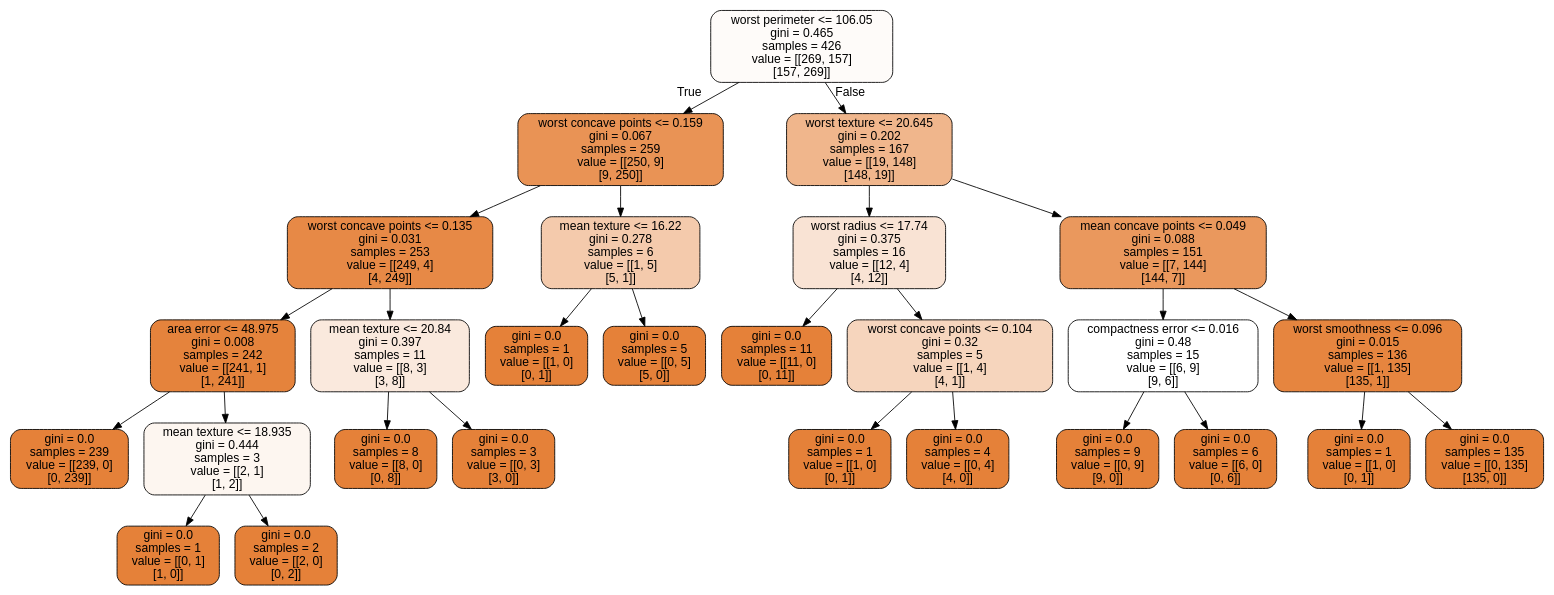
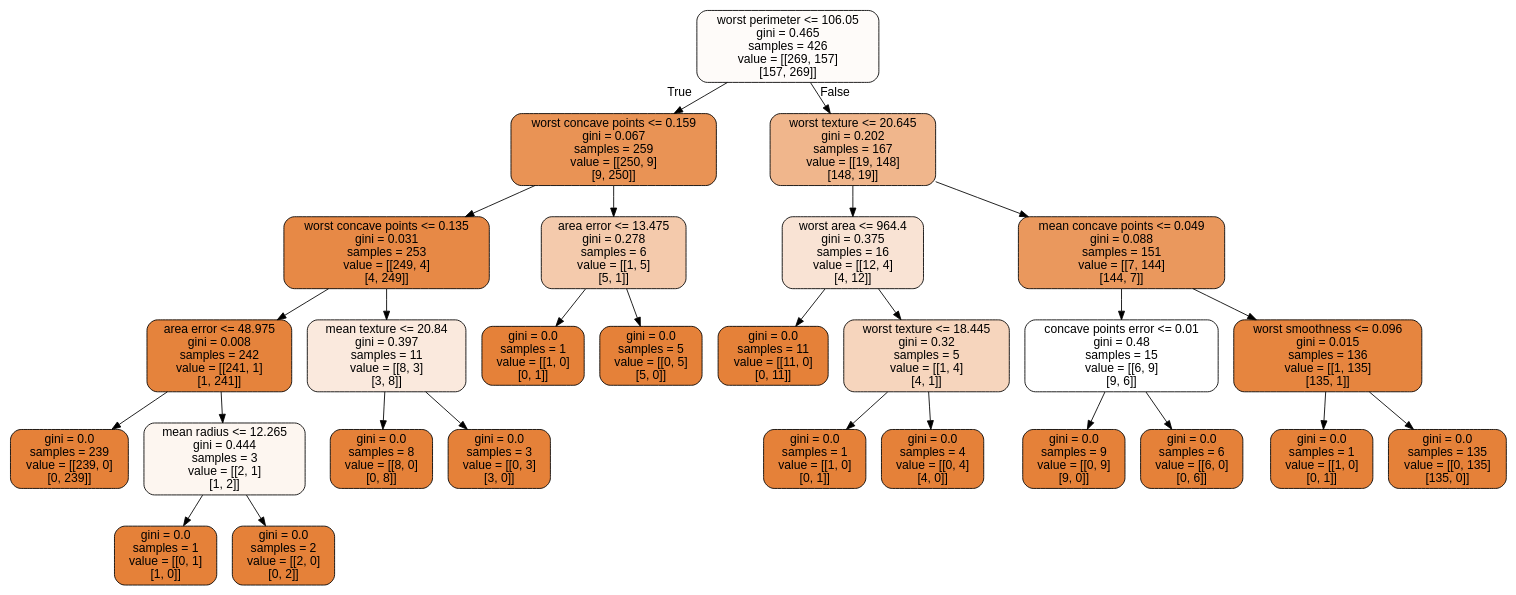
The diagram in doc/LectureNotes/DataFiles/cancer.dot (CompPhysics/MachineLearning), drawn with Graphviz before and after one commit. The commit also changed 139 other files, not shown here.

```diff
--- a/doc/LectureNotes/DataFiles/cancer.dot
+++ b/doc/LectureNotes/DataFiles/cancer.dot
@@ -1,57 +1,57 @@
 digraph Tree {
 node [shape=box, style="filled, rounded", color="black", fontname="helvetica"] ;
 edge [fontname="helvetica"] ;
 0 [label="worst perimeter <= 106.05\ngini = 0.465\nsamples = 426\nvalue = [[269, 157]\n[157, 269]]", fillcolor="#fefbf9"] ;
 1 [label="worst concave points <= 0.159\ngini = 0.067\nsamples = 259\nvalue = [[250, 9]\n[9, 250]]", fillcolor="#e99355"] ;
 0 -> 1 [labeldistance=2.5, labelangle=45, headlabel="True"] ;
 2 [label="worst concave points <= 0.135\ngini = 0.031\nsamples = 253\nvalue = [[249, 4]\n[4, 249]]", fillcolor="#e78946"] ;
 1 -> 2 ;
 3 [label="area error <= 48.975\ngini = 0.008\nsamples = 242\nvalue = [[241, 1]\n[1, 241]]", fillcolor="#e5833c"] ;
 2 -> 3 ;
 4 [label="gini = 0.0\nsamples = 239\nvalue = [[239, 0]\n[0, 239]]", fillcolor="#e58139"] ;
 3 -> 4 ;
-5 [label="mean texture <= 18.935\ngini = 0.444\nsamples = 3\nvalue = [[2, 1]\n[1, 2]]", fillcolor="#fdf6f0"] ;
+5 [label="mean radius <= 12.265\ngini = 0.444\nsamples = 3\nvalue = [[2, 1]\n[1, 2]]", fillcolor="#fdf6f0"] ;
 3 -> 5 ;
 6 [label="gini = 0.0\nsamples = 1\nvalue = [[0, 1]\n[1, 0]]", fillcolor="#e58139"] ;
 5 -> 6 ;
 7 [label="gini = 0.0\nsamples = 2\nvalue = [[2, 0]\n[0, 2]]", fillcolor="#e58139"] ;
 5 -> 7 ;
 8 [label="mean texture <= 20.84\ngini = 0.397\nsamples = 11\nvalue = [[8, 3]\n[3, 8]]", fillcolor="#fae9dd"] ;
 2 -> 8 ;
 9 [label="gini = 0.0\nsamples = 8\nvalue = [[8, 0]\n[0, 8]]", fillcolor="#e58139"] ;
 8 -> 9 ;
 10 [label="gini = 0.0\nsamples = 3\nvalue = [[0, 3]\n[3, 0]]", fillcolor="#e58139"] ;
 8 -> 10 ;
-11 [label="mean texture <= 16.22\ngini = 0.278\nsamples = 6\nvalue = [[1, 5]\n[5, 1]]", fillcolor="#f4caac"] ;
+11 [label="area error <= 13.475\ngini = 0.278\nsamples = 6\nvalue = [[1, 5]\n[5, 1]]", fillcolor="#f4caac"] ;
 1 -> 11 ;
 12 [label="gini = 0.0\nsamples = 1\nvalue = [[1, 0]\n[0, 1]]", fillcolor="#e58139"] ;
 11 -> 12 ;
 13 [label="gini = 0.0\nsamples = 5\nvalue = [[0, 5]\n[5, 0]]", fillcolor="#e58139"] ;
 11 -> 13 ;
 14 [label="worst texture <= 20.645\ngini = 0.202\nsamples = 167\nvalue = [[19, 148]\n[148, 19]]", fillcolor="#f0b68c"] ;
 0 -> 14 [labeldistance=2.5, labelangle=-45, headlabel="False"] ;
-15 [label="worst radius <= 17.74\ngini = 0.375\nsamples = 16\nvalue = [[12, 4]\n[4, 12]]", fillcolor="#f9e3d4"] ;
+15 [label="worst area <= 964.4\ngini = 0.375\nsamples = 16\nvalue = [[12, 4]\n[4, 12]]", fillcolor="#f9e3d4"] ;
 14 -> 15 ;
 16 [label="gini = 0.0\nsamples = 11\nvalue = [[11, 0]\n[0, 11]]", fillcolor="#e58139"] ;
 15 -> 16 ;
-17 [label="worst concave points <= 0.104\ngini = 0.32\nsamples = 5\nvalue = [[1, 4]\n[4, 1]]", fillcolor="#f6d5bd"] ;
+17 [label="worst texture <= 18.445\ngini = 0.32\nsamples = 5\nvalue = [[1, 4]\n[4, 1]]", fillcolor="#f6d5bd"] ;
 15 -> 17 ;
 18 [label="gini = 0.0\nsamples = 1\nvalue = [[1, 0]\n[0, 1]]", fillcolor="#e58139"] ;
 17 -> 18 ;
 19 [label="gini = 0.0\nsamples = 4\nvalue = [[0, 4]\n[4, 0]]", fillcolor="#e58139"] ;
 17 -> 19 ;
 20 [label="mean concave points <= 0.049\ngini = 0.088\nsamples = 151\nvalue = [[7, 144]\n[144, 7]]", fillcolor="#ea985d"] ;
 14 -> 20 ;
-21 [label="compactness error <= 0.016\ngini = 0.48\nsamples = 15\nvalue = [[6, 9]\n[9, 6]]", fillcolor="#ffffff"] ;
+21 [label="concave points error <= 0.01\ngini = 0.48\nsamples = 15\nvalue = [[6, 9]\n[9, 6]]", fillcolor="#ffffff"] ;
 20 -> 21 ;
 22 [label="gini = 0.0\nsamples = 9\nvalue = [[0, 9]\n[9, 0]]", fillcolor="#e58139"] ;
 21 -> 22 ;
 23 [label="gini = 0.0\nsamples = 6\nvalue = [[6, 0]\n[0, 6]]", fillcolor="#e58139"] ;
 21 -> 23 ;
 24 [label="worst smoothness <= 0.096\ngini = 0.015\nsamples = 136\nvalue = [[1, 135]\n[135, 1]]", fillcolor="#e6853f"] ;
 20 -> 24 ;
 25 [label="gini = 0.0\nsamples = 1\nvalue = [[1, 0]\n[0, 1]]", fillcolor="#e58139"] ;
 24 -> 25 ;
 26 [label="gini = 0.0\nsamples = 135\nvalue = [[0, 135]\n[135, 0]]", fillcolor="#e58139"] ;
 24 -> 26 ;
 }
```
